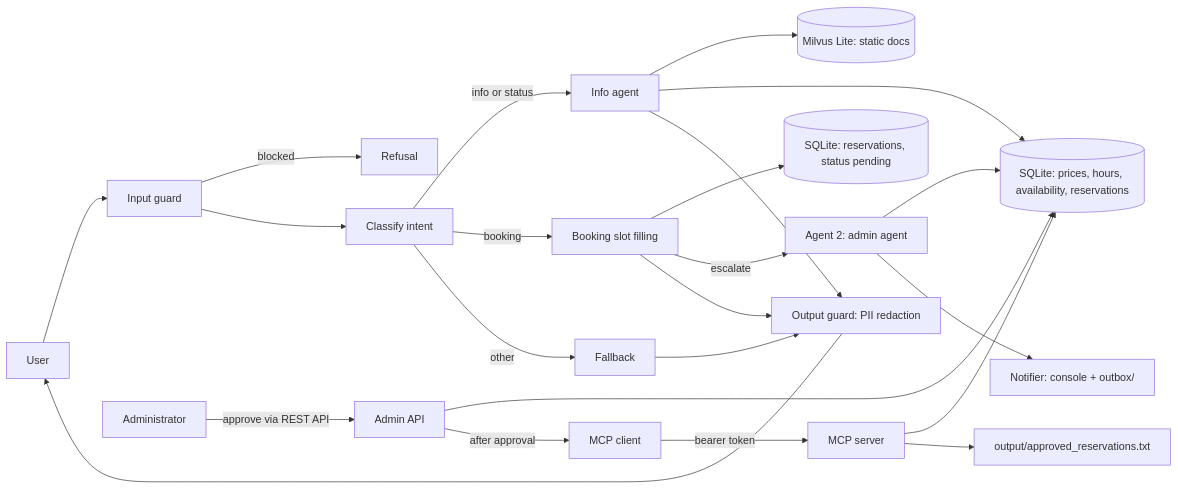
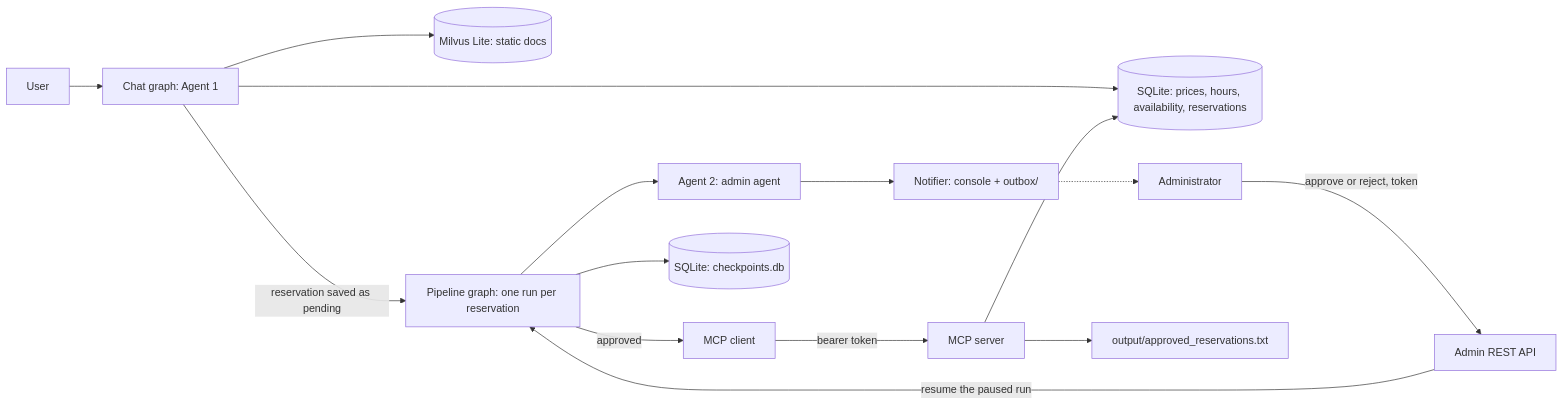
One commit to Sandro-Chopikashvili/Chatbot-for-Parking-Space-Reservation changed the first of 4 diagrams in README.md. Above: the diagram before and after it, drawn with Mermaid. The commit also changed other lines of this file and 13 other files, not shown here.

````diff
--- a/README.md
+++ b/README.md
@@ -16,25 +37,17 @@
 ```mermaid
 flowchart LR
-    U[User] --> IG[Input guard]
-    IG -->|blocked| END1[Refusal]
-    IG --> CI[Classify intent]
-    CI -->|info or status| INFO[Info agent]
-    CI -->|booking| BK[Booking slot filling]
-    CI -->|other| FB[Fallback]
-    INFO --> VDB[(Milvus Lite: static docs)]
-    INFO --> SQL[(SQLite: prices, hours, availability, reservations)]
-    BK --> RES[(SQLite: reservations, status pending)]
-    BK -->|escalate| A2[Agent 2: admin agent]
-    A2 --> SQL
+    U[User] --> CHAT[Chat graph: Agent 1]
+    CHAT --> VDB[(Milvus Lite: static docs)]
+    CHAT --> SQL[(SQLite: prices, hours, availability, reservations)]
+    CHAT -->|reservation saved as pending| PIPE[Pipeline graph: one run per reservation]
+    PIPE --> A2[Agent 2: admin agent]
     A2 --> NOTIF[Notifier: console + outbox/]
-    ADM[Administrator] -->|approve via REST API| API[Admin API]
-    API --> SQL
-    API -->|after approval| MCPC[MCP client]
+    NOTIF -.-> ADM[Administrator]
+    ADM -->|approve or reject, token| API[Admin REST API]
+    API -->|resume the paused run| PIPE
+    PIPE -->|approved| MCPC[MCP client]
     MCPC -->|bearer token| MCPS[MCP server]
     MCPS --> SQL
     MCPS --> FILE[output/approved_reservations.txt]
-    INFO --> OG[Output guard: PII redaction]
-    BK --> OG
-    FB --> OG
-    OG --> U
+    PIPE --> CP[(SQLite: checkpoints.db)]
 ```
````
